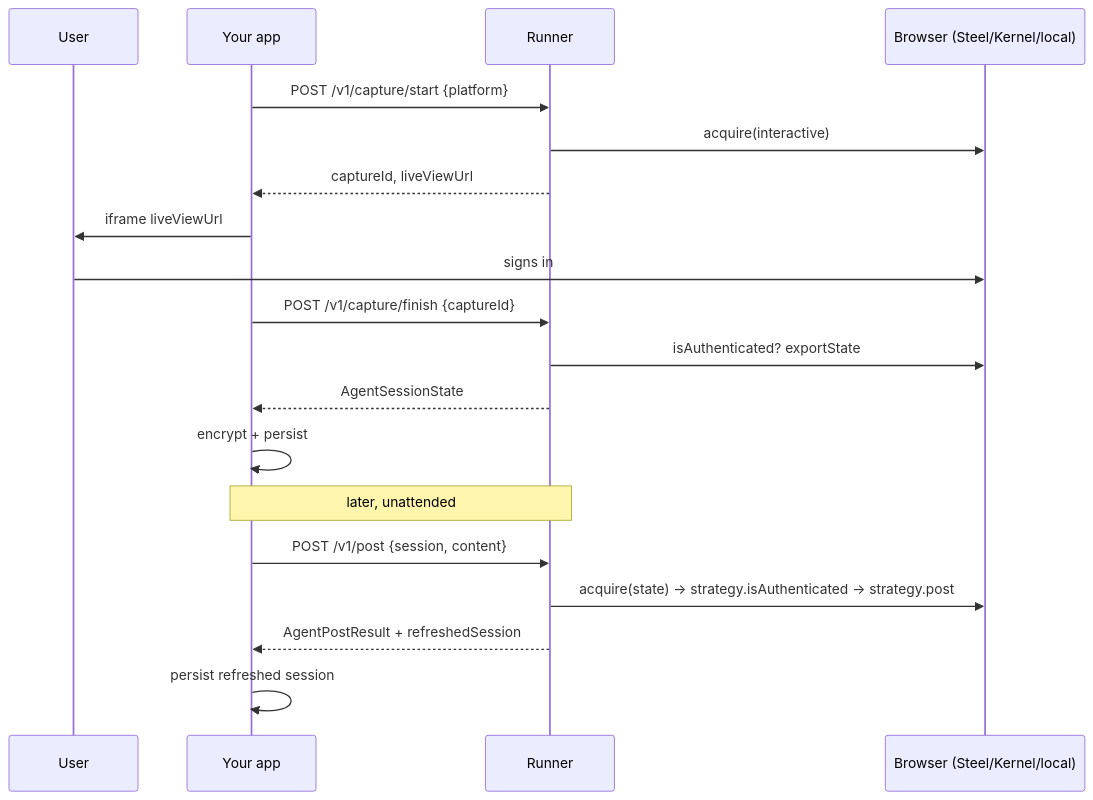
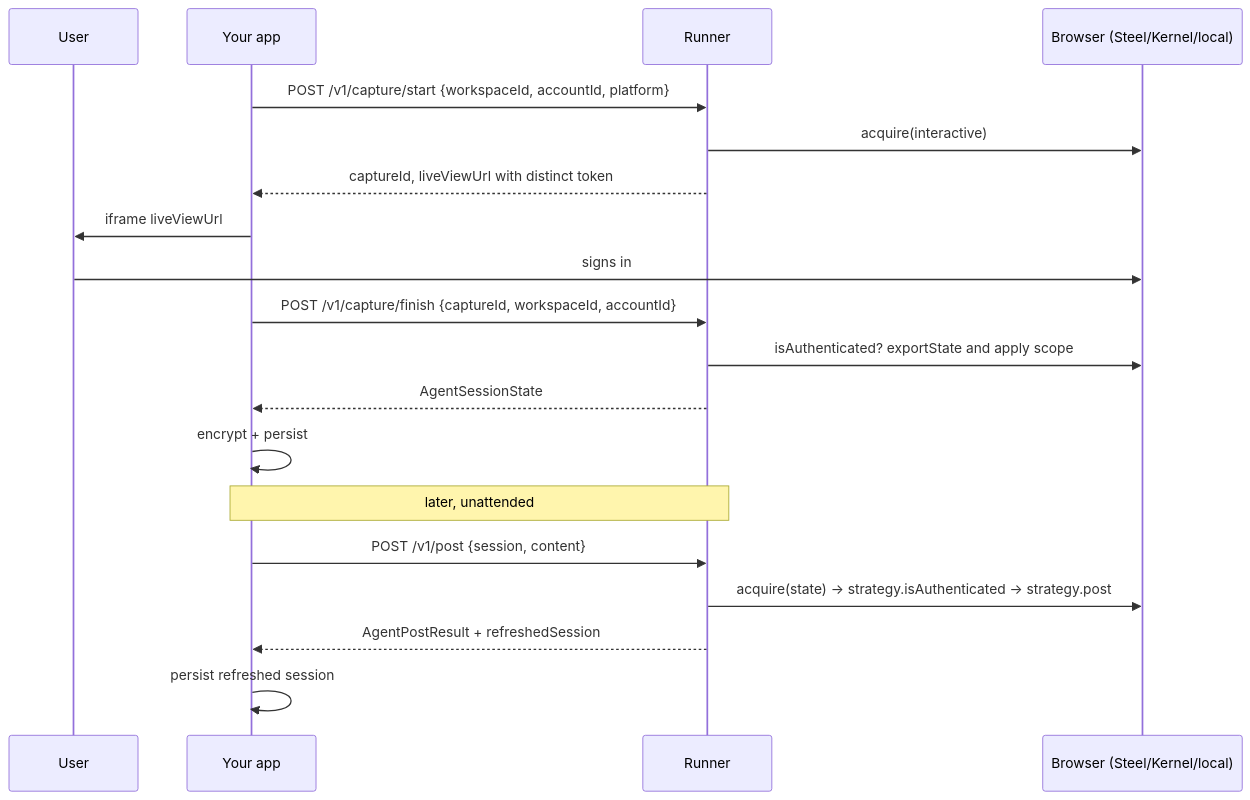
Before and after one commit to praveen-palanisamy/agent-browser-runtime: the second of 2 diagrams in docs/ARCHITECTURE.md, drawn with Mermaid. The commit also changed other lines of this file and 19 other files, not shown here.

First line of the commit message:
feat(security): scope browser sessions and capture access

````diff
--- a/docs/ARCHITECTURE.md
+++ b/docs/ARCHITECTURE.md
@@ -28,21 +41,21 @@
 ```mermaid
 sequenceDiagram
   participant U as User
   participant A as Your app
   participant R as Runner
   participant B as Browser (Steel/Kernel/local)
-  A->>R: POST /v1/capture/start {platform}
+  A->>R: POST /v1/capture/start {workspaceId, accountId, platform}
   R->>B: acquire(interactive)
-  R-->>A: captureId, liveViewUrl
+  R-->>A: captureId, liveViewUrl with distinct token
   A->>U: iframe liveViewUrl
   U->>B: signs in
-  A->>R: POST /v1/capture/finish {captureId}
-  R->>B: isAuthenticated? exportState
+  A->>R: POST /v1/capture/finish {captureId, workspaceId, accountId}
+  R->>B: isAuthenticated? exportState and apply scope
   R-->>A: AgentSessionState
   A->>A: encrypt + persist
   Note over A,R: later, unattended
   A->>R: POST /v1/post {session, content}
   R->>B: acquire(state) → strategy.isAuthenticated → strategy.post
   R-->>A: AgentPostResult + refreshedSession
   A->>A: persist refreshed session
 ```
````
